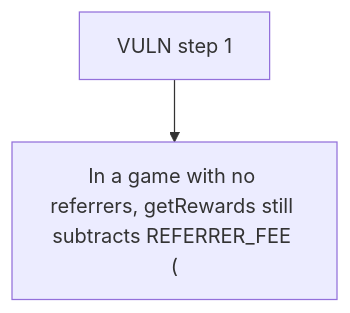
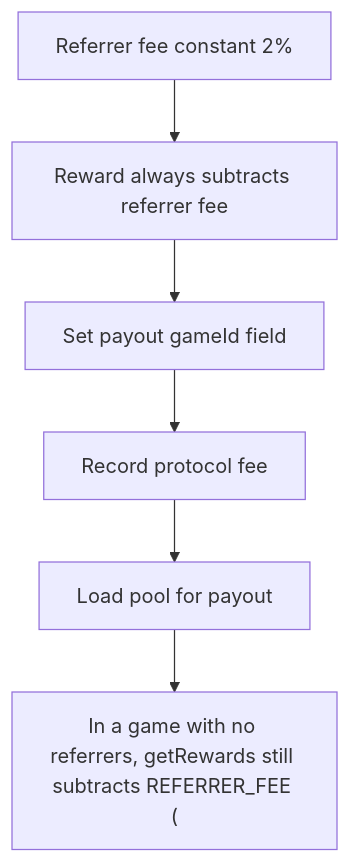
The diagram in 65376-depositmanagergetrewards-always-includes-referrer-fee-result_exp/65376-depositmanagergetrewards-always-includes-referrer-fee-result_exp.md (sanbir/evm-hack-registry), drawn with Mermaid before and after one commit. The commit also changed other lines of this file and 79 other files, not shown here.

````diff
--- a/65376-depositmanagergetrewards-always-includes-referrer-fee-result_exp/65376-depositmanagergetrewards-always-includes-referrer-fee-result_exp.md
+++ b/65376-depositmanagergetrewards-always-includes-referrer-fee-result_exp/65376-depositmanagergetrewards-always-includes-referrer-fee-result_exp.md
@@ -28,6 +28,14 @@
 ```mermaid
 flowchart TD
-  S0["VULN step 1"]
+  S0["Referrer fee constant 2%"]
+  S1["Reward always subtracts referrer fee"]
+  S2["Set payout gameId field"]
+  S3["Record protocol fee"]
+  S4["Load pool for payout"]
   H["In a game with no referrers, getRewards still subtracts REFERRER_FEE ("]
-  S0 --> H
+  S0 --> S1
+  S1 --> S2
+  S2 --> S3
+  S3 --> S4
+  S4 --> H
 ```
````
